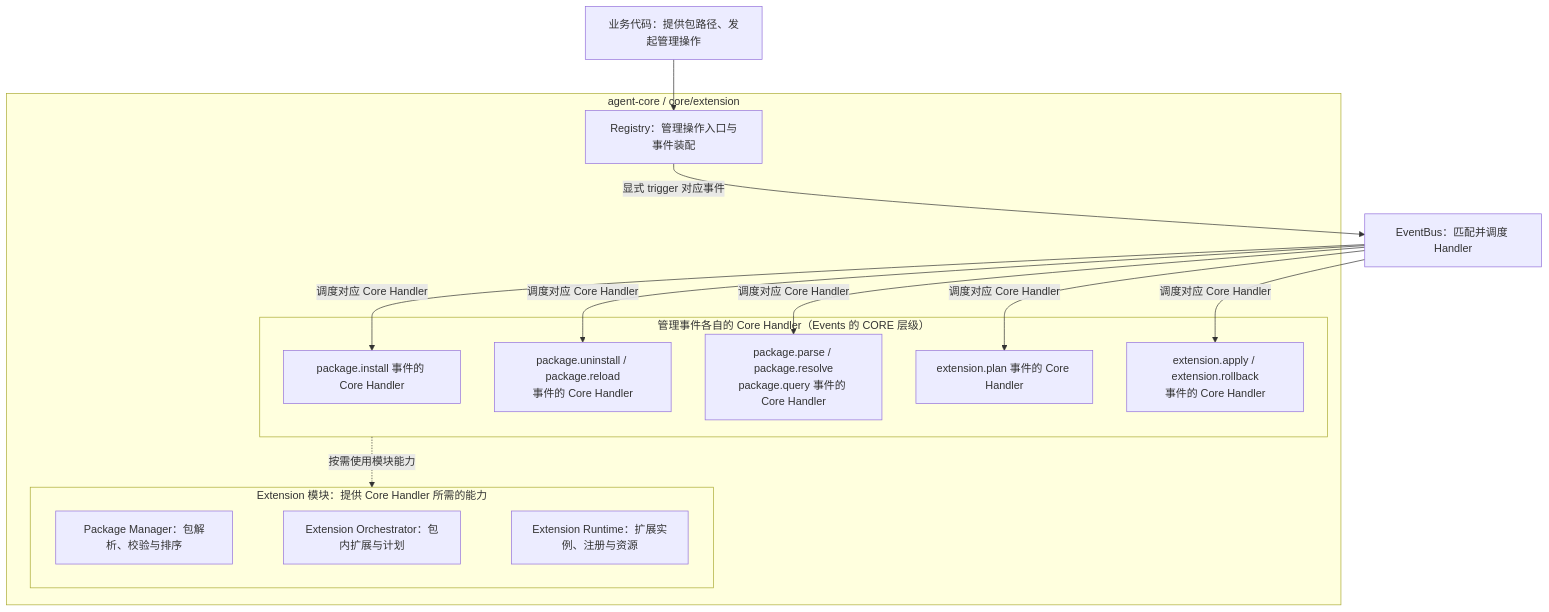
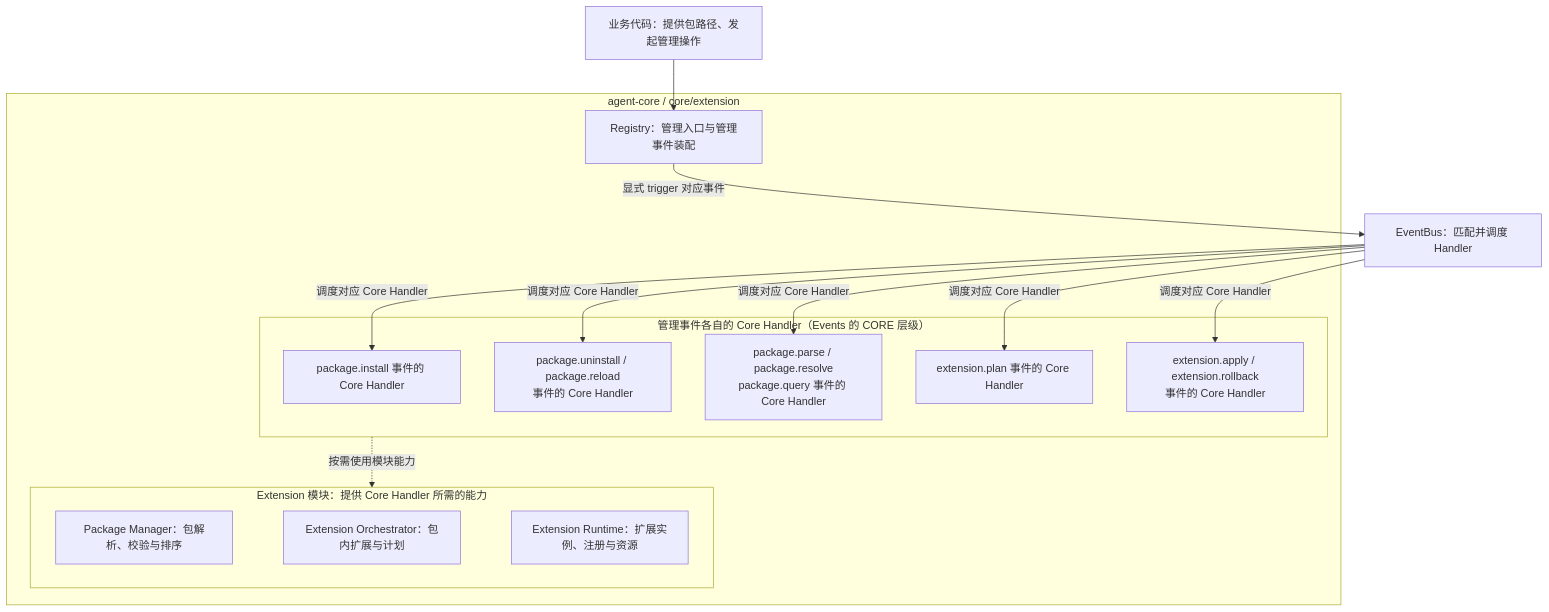
The diagram in openjiuwen/core/extension/docs/designs/extension-overview.md (openJiuwen-ai/agent-core), drawn with Mermaid before and after one commit. The commit also changed other lines of this file and 1 other file, not shown here.

````diff
--- a/openjiuwen/core/extension/docs/designs/extension-overview.md
+++ b/openjiuwen/core/extension/docs/designs/extension-overview.md
@@ -58,30 +58,30 @@
 ```mermaid
 flowchart TB
     Caller["业务代码：提供包路径、发起管理操作"]
     Bus["EventBus：匹配并调度 Handler"]
     subgraph Extension["agent-core / core/extension"]
-        Registry["Registry：管理操作入口与事件装配"]
+        Registry["Registry：管理入口与管理事件装配"]
         subgraph Handlers["管理事件各自的 Core Handler（Events 的 CORE 层级）"]
             IC["package.install 事件的 Core Handler"]
             LC["package.uninstall / package.reload<br/>事件的 Core Handler"]
             PC["package.parse / package.resolve<br/>package.query 事件的 Core Handler"]
             OC["extension.plan 事件的 Core Handler"]
             RC["extension.apply / extension.rollback<br/>事件的 Core Handler"]
         end
         subgraph Modules["Extension 模块：提供 Core Handler 所需的能力"]
             direction LR
             PM["Package Manager：包解析、校验与排序"]
             O["Extension Orchestrator：包内扩展与计划"]
             RT["Extension Runtime：扩展实例、注册与资源"]
             PM ~~~ O ~~~ RT
         end
         Handlers -.->|按需使用模块能力| Modules
     end
     Caller --> Registry
     Registry -->|显式 trigger 对应事件| Bus
     Bus -->|调度对应 Core Handler| IC
     Bus -->|调度对应 Core Handler| LC
     Bus -->|调度对应 Core Handler| PC
     Bus -->|调度对应 Core Handler| OC
     Bus -->|调度对应 Core Handler| RC
 ```
````
